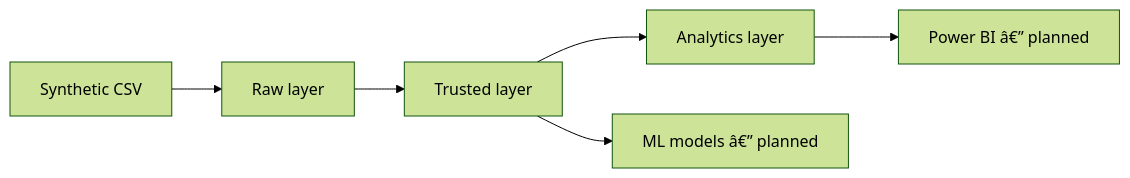
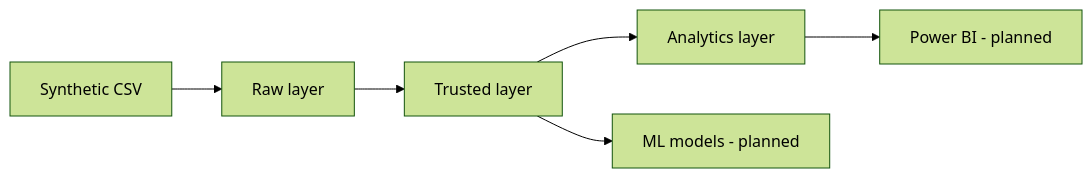
Before and after one commit to rufinoivan012-a11y/smart-credit-analytics: the diagram in README.md, drawn with Mermaid (forest theme). The commit also changed other lines of this file, not shown here.

````diff
--- a/README.md
+++ b/README.md
@@ -56,8 +56,8 @@
 ```mermaid
 flowchart LR
     A["Synthetic CSV"] --> B["Raw layer"]
     B --> C["Trusted layer"]
     C --> D["Analytics layer"]
-    D --> E["Power BI â€” planned"]
-    C --> F["ML models â€” planned"]
+    D --> E["Power BI - planned"]
+    C --> F["ML models - planned"]
 ```
````
